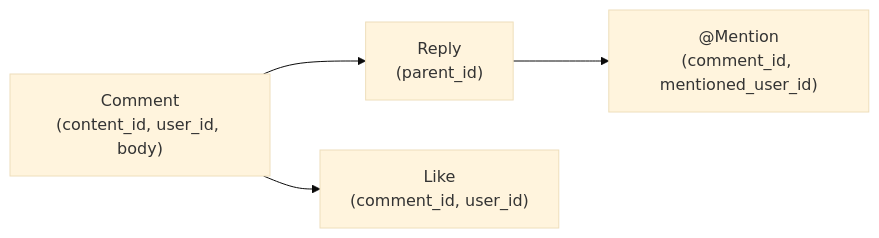
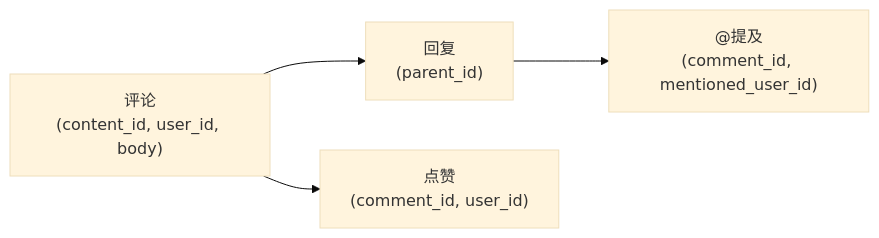
Before and after one commit to JiongJiongP/knowledge-share: the fourth of 12 diagrams in docs/design/architecture-and-design.md, drawn with Mermaid (base theme). The commit also changed other lines of this file, not shown here.

Commit message:
docs: translate architecture design document to Chinese

````diff
--- a/docs/design/architecture-and-design.md
+++ b/docs/design/architecture-and-design.md
@@ -227,11 +227,11 @@
 ```mermaid
 graph LR
-    Comment["Comment\n(content_id, user_id, body)"]
-    Reply["Reply\n(parent_id)"]
-    Like["Like\n(comment_id, user_id)"]
-    Mention["@Mention\n(comment_id, mentioned_user_id)"]
+    Comment["评论\n(content_id, user_id, body)"]
+    Reply["回复\n(parent_id)"]
+    Like["点赞\n(comment_id, user_id)"]
+    Mention["@提及\n(comment_id, mentioned_user_id)"]
 
     Comment --> Reply
     Comment --> Like
     Reply --> Mention
 ```
````
